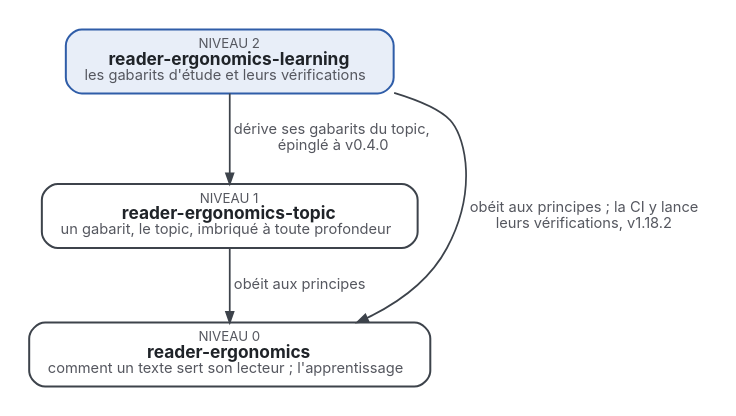
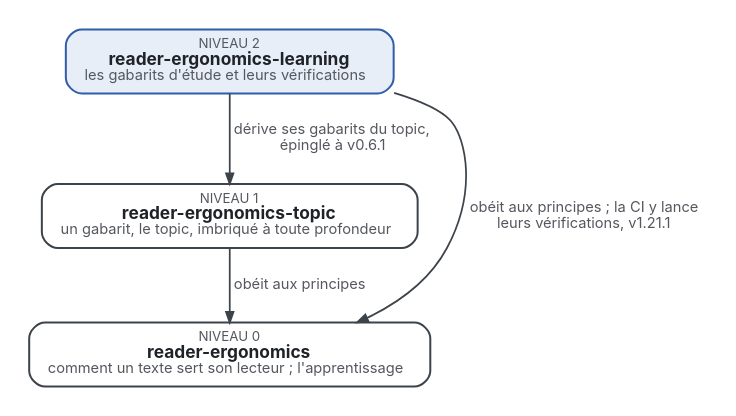
One commit to Tewf/reader-ergonomics-learning changed the diagram in where-it-sits.fr.dot. Above: the diagram before and after it, drawn with Graphviz. The commit also changed 26 other files, not shown here.

```diff
--- a/where-it-sits.fr.dot
+++ b/where-it-sits.fr.dot
@@ -1,11 +1,11 @@
 digraph niveaux {
   graph [rankdir=TB, nodesep=0.6, ranksep=0.6, bgcolor="white", pad=0.2, fontname="Inter"];
   node  [shape=box, style="rounded,filled", fontname="Inter", fontsize=13, margin="0.2,0.1", penwidth=1.5, fontcolor="#1F2328"];
   edge  [fontname="Inter", fontsize=11, color="#3D434B", fontcolor="#55575F", penwidth=1.3, arrowsize=0.8];
   L [label=<<font point-size="10" color="#55575F">NIVEAU 2</font><br/><b>reader-ergonomics-learning</b><br/><font point-size="11" color="#55575F">les gabarits d'étude et leurs vérifications</font>>, fillcolor="#E8EEF8", color="#2F5DA8"];
   T [label=<<font point-size="10" color="#55575F">NIVEAU 1</font><br/><b>reader-ergonomics-topic</b><br/><font point-size="11" color="#55575F">un gabarit, le topic, imbriqué à toute profondeur</font>>, fillcolor="#FFFFFF", color="#3D434B"];
   R [label=<<font point-size="10" color="#55575F">NIVEAU 0</font><br/><b>reader-ergonomics</b><br/><font point-size="11" color="#55575F">comment un texte sert son lecteur ; l'apprentissage</font>>, fillcolor="#FFFFFF", color="#3D434B"];
-  L -> T [label=<  dérive ses gabarits du topic,<br/>  épinglé à v0.4.0>];
+  L -> T [label=<  dérive ses gabarits du topic,<br/>  épinglé à v0.6.1>];
   T -> R [label=<  obéit aux principes>];
-  L -> R [label=<  obéit aux principes ; la CI y lance<br/>  leurs vérifications, v1.18.2>, constraint=false];
+  L -> R [label=<  obéit aux principes ; la CI y lance<br/>  leurs vérifications, v1.21.1>, constraint=false];
 }
```
